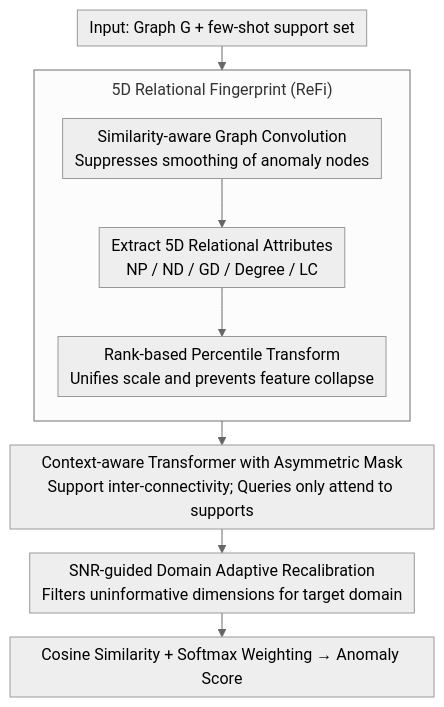
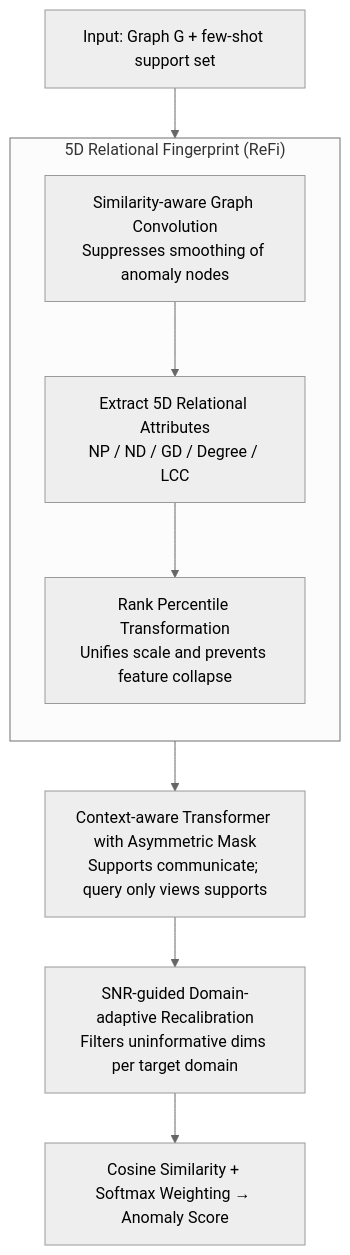
The diagram in docs/ICML2026/graph_learning/rethinking_feature_alignment_in_generalist_graph_anomaly_detection_a_relational_.md (zhaoyang97/Paper-Notes-en), drawn with Mermaid (neutral theme) before and after one commit. The commit also changed other lines of this file and 5084 other files, not shown here.

````diff
--- a/docs/ICML2026/graph_learning/rethinking_feature_alignment_in_generalist_graph_anomaly_detection_a_relational_.md
+++ b/docs/ICML2026/graph_learning/rethinking_feature_alignment_in_generalist_graph_anomaly_detection_a_relational_.md
@@ -43,13 +43,12 @@
 ```mermaid
-%%{init: {'flowchart': {'rankSpacing': 24, 'nodeSpacing': 28, 'padding': 6, 'wrappingWidth': 400, 'subGraphTitleMargin': {'top': 8, 'bottom': 16}}}}%%
-flowchart TD
+graph TD
     A["Input: Graph G + few-shot support set"] --> B
     subgraph REFI["5D Relational Fingerprint (ReFi)"]
         direction TB
-        B["Similarity-aware Graph Convolution<br/>Suppresses smoothing of anomaly nodes"] --> C["Extract 5D Relational Attributes<br/>NP / ND / GD / Degree / LC"]
-        C --> D["Rank-based Percentile Transform<br/>Unifies scale and prevents feature collapse"]
+        B["Similarity-aware Graph Convolution<br/>Suppresses smoothing of anomaly nodes"] --> C["Extract 5D Relational Attributes<br/>NP / ND / GD / Degree / LCC"]
+        C --> D["Rank Percentile Transformation<br/>Unifies scale and prevents feature collapse"]
     end
-    D --> E["Context-aware Transformer with Asymmetric Mask<br/>Support inter-connectivity; Queries only attend to supports"]
-    E --> F["SNR-guided Domain Adaptive Recalibration<br/>Filters uninformative dimensions for target domain"]
+    D --> E["Context-aware Transformer with Asymmetric Mask<br/>Supports communicate; query only views supports"]
+    E --> F["SNR-guided Domain-adaptive Recalibration<br/>Filters uninformative dims per target domain"]
     F --> G["Cosine Similarity + Softmax Weighting → Anomaly Score"]
 ```
````
